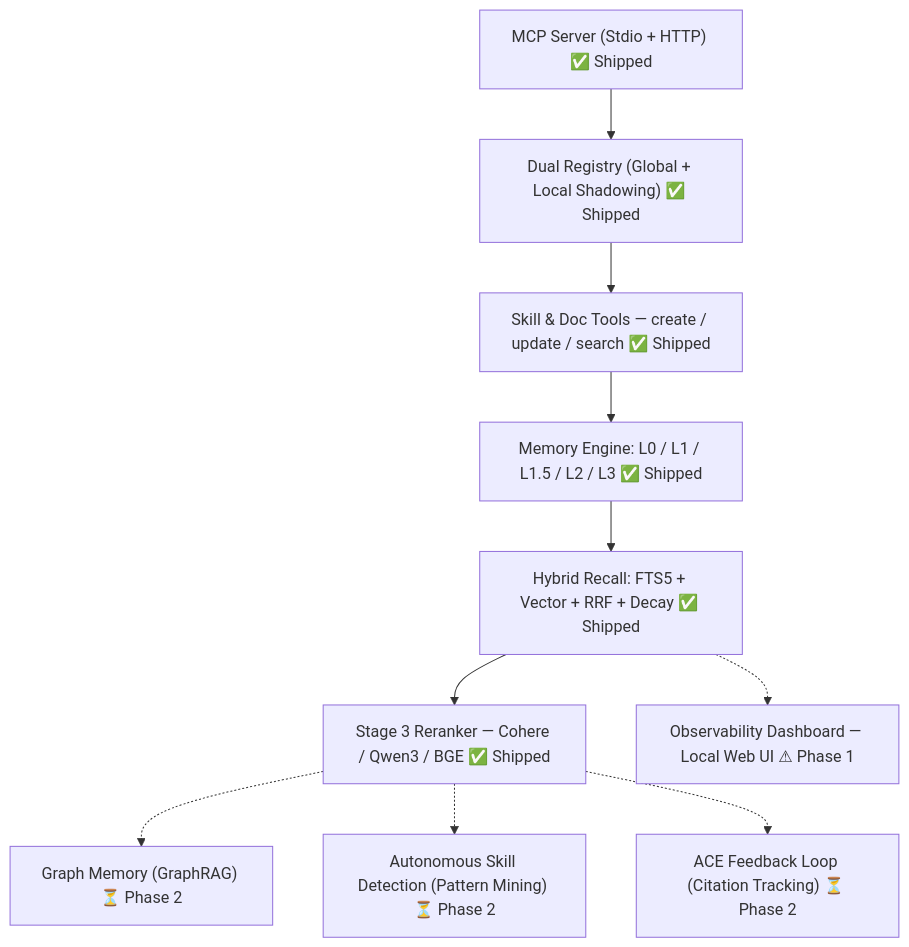
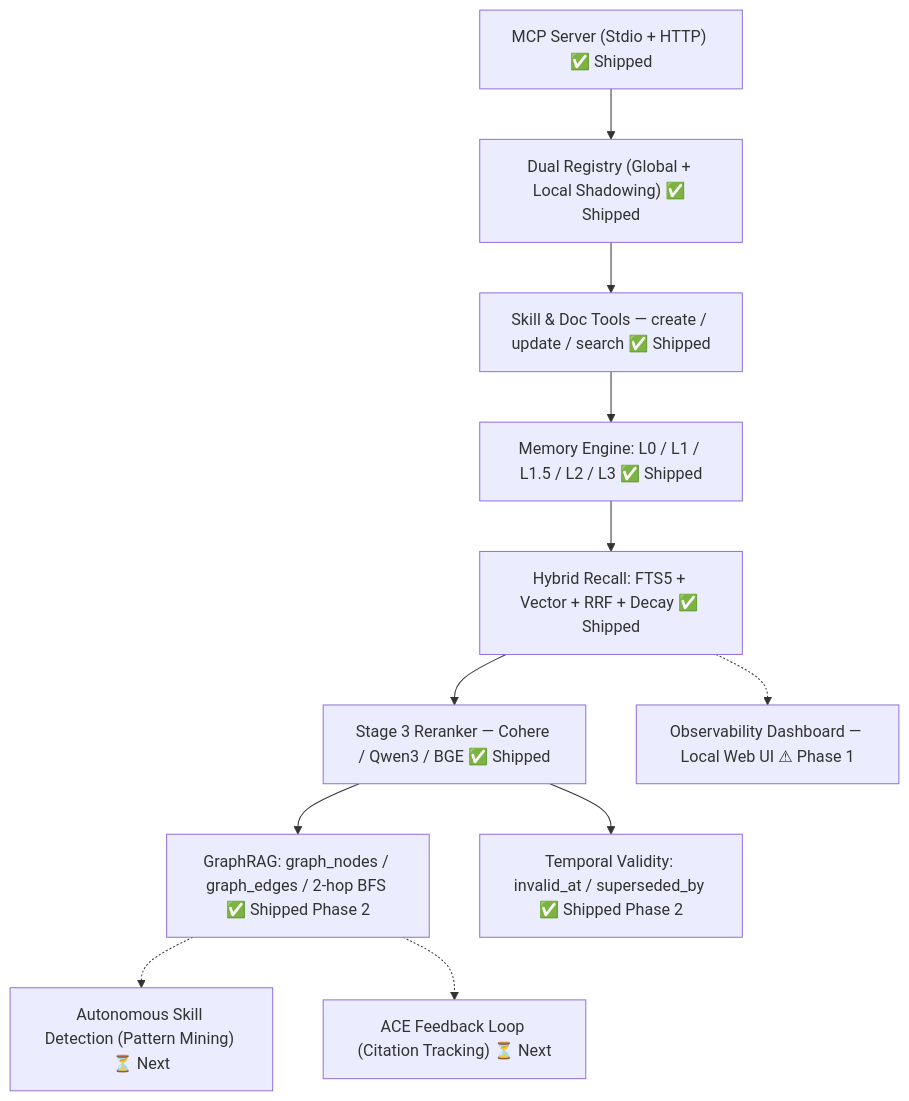
Before and after one commit to kinqsradiollc/BrainRouter: the diagram in TODO.md, drawn with Mermaid. The commit also changed other lines of this file and 27 other files, not shown here.

Commit message:
feat: implement GraphRAG pipeline and scene canonicalization, add memory graph query and citation tools, and complete phase 2 feature roadmap.

````diff
--- a/TODO.md
+++ b/TODO.md
@@ -10,14 +10,15 @@
 ```mermaid
 graph TD
     MCP["MCP Server (Stdio + HTTP) ✅ Shipped"] --> Reg["Dual Registry (Global + Local Shadowing) ✅ Shipped"]
     Reg --> Tools["Skill & Doc Tools — create / update / search ✅ Shipped"]
     Tools --> MemCore["Memory Engine: L0 / L1 / L1.5 / L2 / L3 ✅ Shipped"]
     MemCore --> Hybrid["Hybrid Recall: FTS5 + Vector + RRF + Decay ✅ Shipped"]
 
     Hybrid --> Rerank["Stage 3 Reranker — Cohere / Qwen3 / BGE ✅ Shipped"]
+    Rerank --> Graph["GraphRAG: graph_nodes / graph_edges / 2-hop BFS ✅ Shipped Phase 2"]
+    Rerank --> Temporal["Temporal Validity: invalid_at / superseded_by ✅ Shipped Phase 2"]
     Hybrid -.-> Dash["Observability Dashboard — Local Web UI ⚠ Phase 1"]
 
-    Rerank -.-> Graph["Graph Memory (GraphRAG) ⏳ Phase 2"]
-    Rerank -.-> Auto["Autonomous Skill Detection (Pattern Mining) ⏳ Phase 2"]
-    Rerank -.-> ACE["ACE Feedback Loop (Citation Tracking) ⏳ Phase 2"]
+    Graph -.-> Auto["Autonomous Skill Detection (Pattern Mining) ⏳ Next"]
+    Graph -.-> ACE["ACE Feedback Loop (Citation Tracking) ⏳ Next"]
 ```
````
